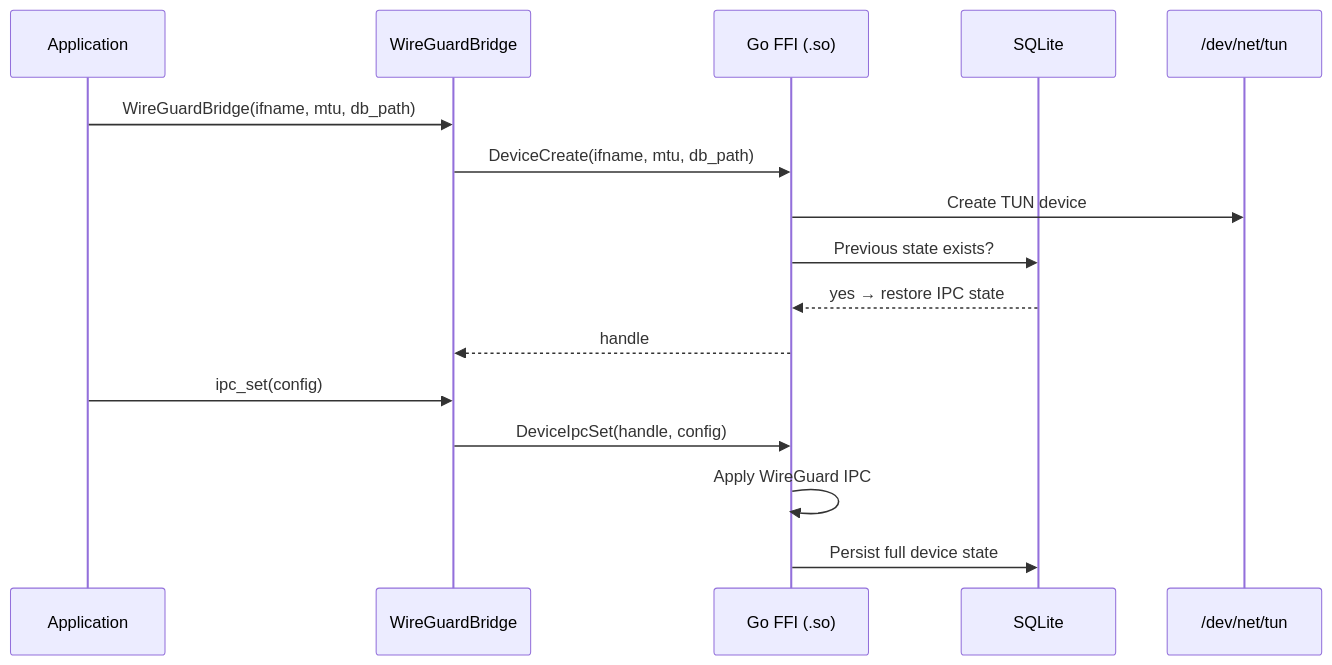
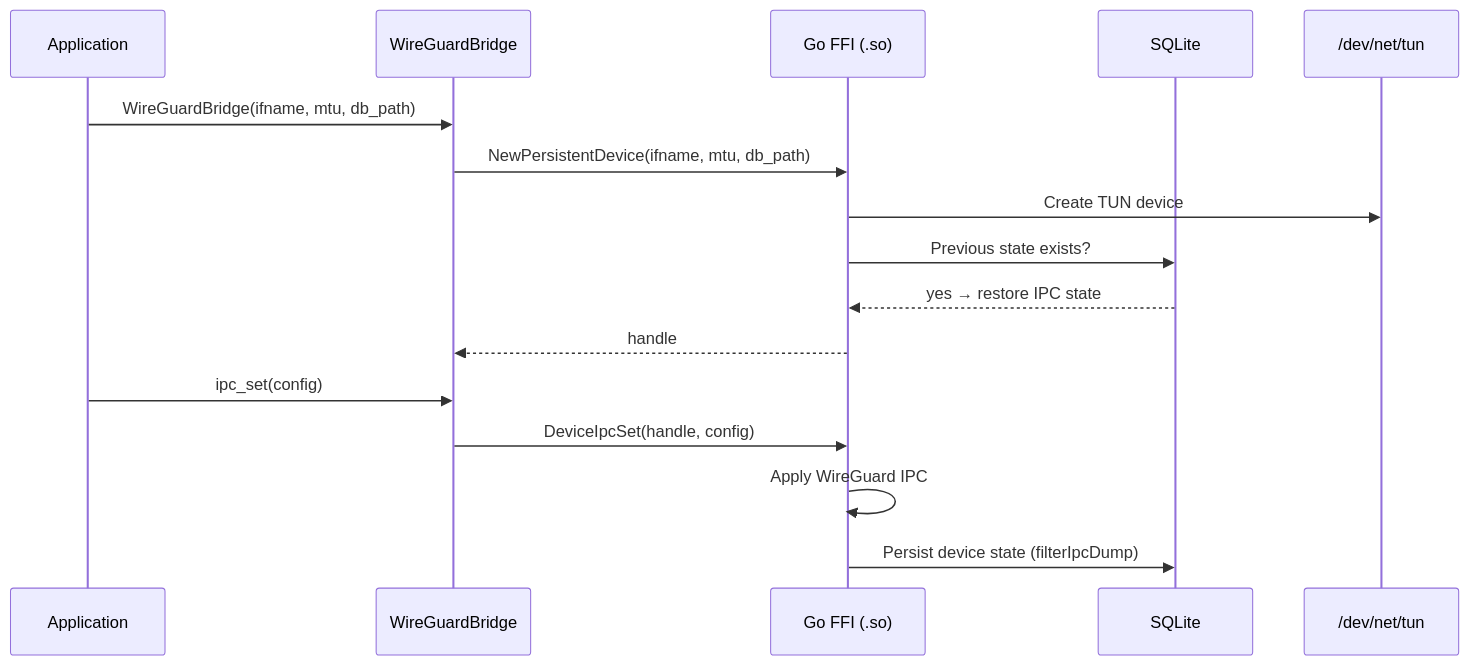
Before and after one commit to ARAS-Workspace/phantom-wg: the second of 3 diagrams in README.md, drawn with Mermaid. The commit also changed other lines of this file and 4 other files, not shown here.

````diff
--- a/README.md
+++ b/README.md
@@ -141,20 +167,20 @@
 ```mermaid
 sequenceDiagram
     participant App as Application
     participant Bridge as WireGuardBridge
     participant Go as Go FFI (.so)
     participant DB as SQLite
     participant TUN as /dev/net/tun
 
     App->>Bridge: WireGuardBridge(ifname, mtu, db_path)
-    Bridge->>Go: DeviceCreate(ifname, mtu, db_path)
+    Bridge->>Go: NewPersistentDevice(ifname, mtu, db_path)
     Go->>TUN: Create TUN device
     Go->>DB: Previous state exists?
     DB-->>Go: yes → restore IPC state
     Go-->>Bridge: handle
 
     App->>Bridge: ipc_set(config)
     Bridge->>Go: DeviceIpcSet(handle, config)
     Go->>Go: Apply WireGuard IPC
-    Go->>DB: Persist full device state
+    Go->>DB: Persist device state (filterIpcDump)
 ```
````
